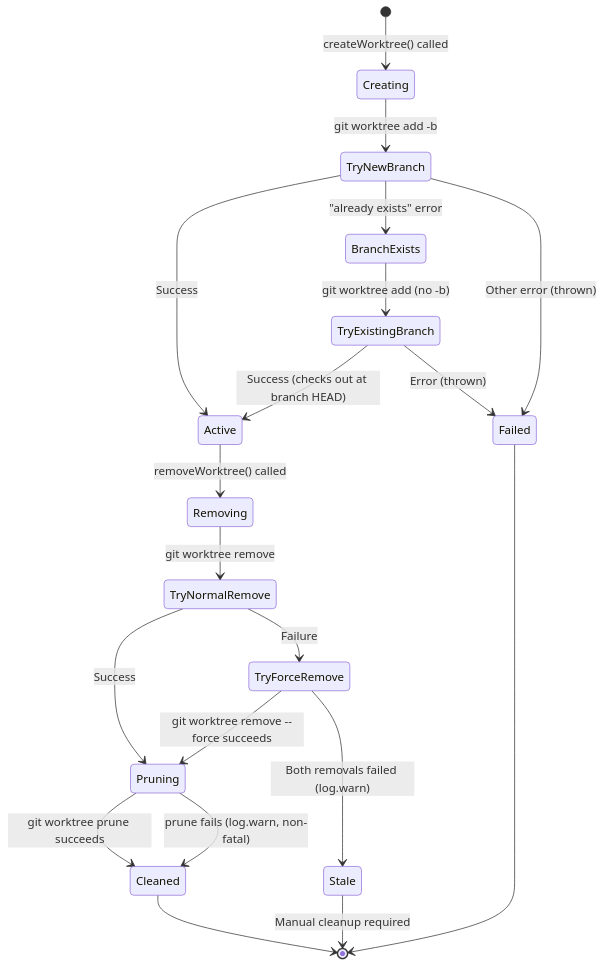
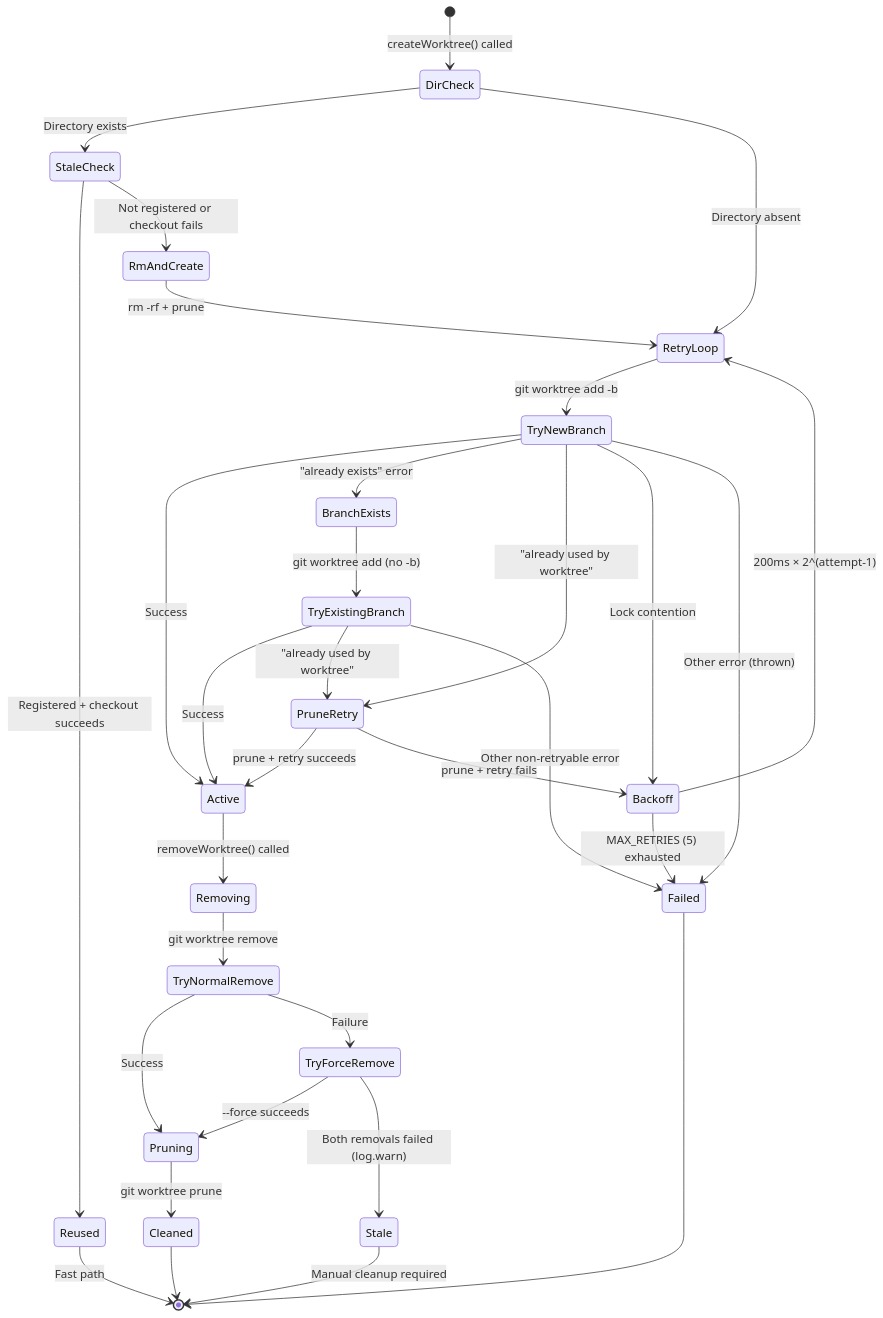
The second of 2 diagrams in docs/git-and-worktree/worktree-management.md (PatrickRuddiman/Dispatch), drawn with Mermaid before and after one commit. The commit also changed other lines of this file and 252 other files, not shown here.

````diff
--- a/docs/git-and-worktree/worktree-management.md
+++ b/docs/git-and-worktree/worktree-management.md
@@ -239,29 +344,46 @@
 ```mermaid
 stateDiagram-v2
-    [*] --> Creating: createWorktree() called
-    
-    Creating --> TryNewBranch: git worktree add -b
+    [*] --> DirCheck: createWorktree() called
+
+    DirCheck --> StaleCheck: Directory exists
+    DirCheck --> RetryLoop: Directory absent
+
+    StaleCheck --> Reused: Registered + checkout succeeds
+    StaleCheck --> RmAndCreate: Not registered or checkout fails
+
+    RmAndCreate --> RetryLoop: rm -rf + prune
+
+    RetryLoop --> TryNewBranch: git worktree add -b
     TryNewBranch --> Active: Success
     TryNewBranch --> BranchExists: "already exists" error
+    TryNewBranch --> PruneRetry: "already used by worktree"
+    TryNewBranch --> Backoff: Lock contention
     TryNewBranch --> Failed: Other error (thrown)
-    
+
     BranchExists --> TryExistingBranch: git worktree add (no -b)
-    TryExistingBranch --> Active: Success (checks out at branch HEAD)
-    TryExistingBranch --> Failed: Error (thrown)
-    
+    TryExistingBranch --> Active: Success
+    TryExistingBranch --> PruneRetry: "already used by worktree"
+    TryExistingBranch --> Failed: Other non-retryable error
+
+    PruneRetry --> Active: prune + retry succeeds
+    PruneRetry --> Backoff: prune + retry fails
+
+    Backoff --> RetryLoop: 200ms × 2^(attempt-1)
+    Backoff --> Failed: MAX_RETRIES (5) exhausted
+
+    Reused --> [*]: Fast path
+
     Active --> Removing: removeWorktree() called
-    
+
     Removing --> TryNormalRemove: git worktree remove
     TryNormalRemove --> Pruning: Success
     TryNormalRemove --> TryForceRemove: Failure
-    
-    TryForceRemove --> Pruning: git worktree remove --force succeeds
+
+    TryForceRemove --> Pruning: --force succeeds
     TryForceRemove --> Stale: Both removals failed (log.warn)
-    
-    Pruning --> Cleaned: git worktree prune succeeds
-    Pruning --> Cleaned: prune fails (log.warn, non-fatal)
-    
+
+    Pruning --> Cleaned: git worktree prune
     Cleaned --> [*]
     Stale --> [*]: Manual cleanup required
     Failed --> [*]
 ```
````
